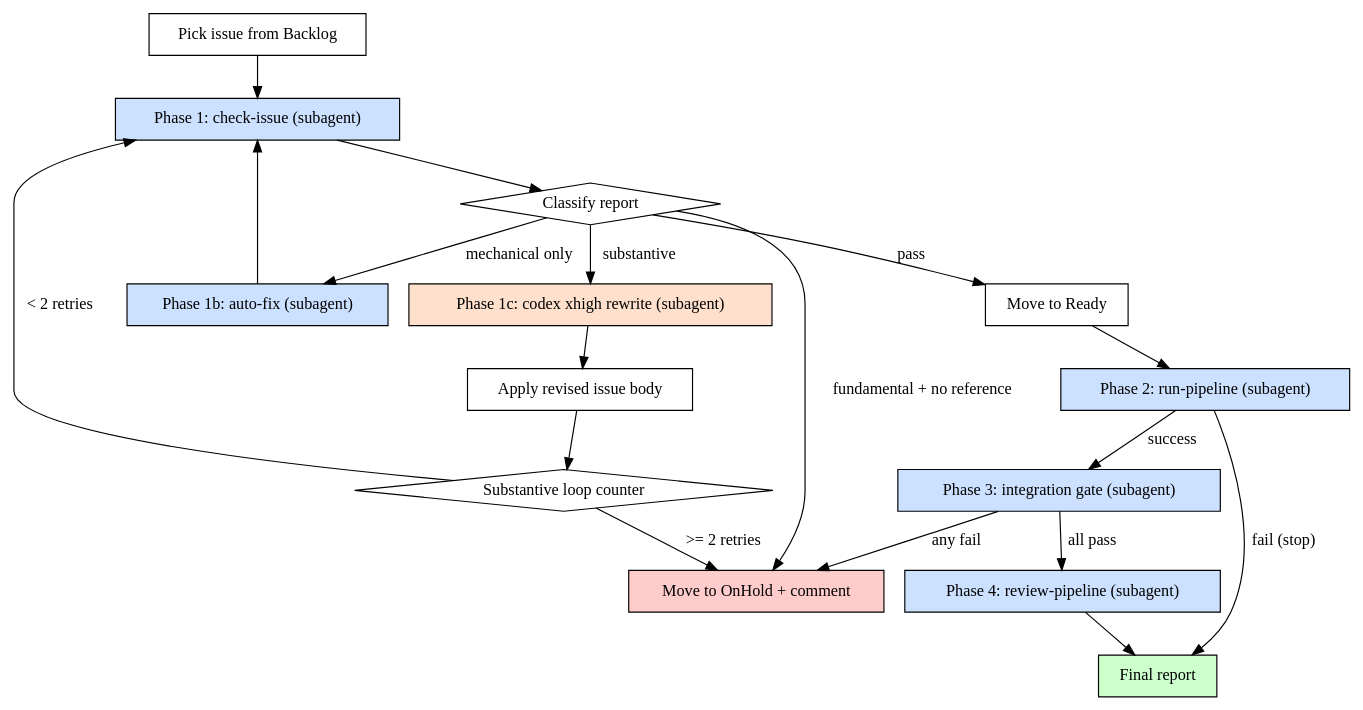
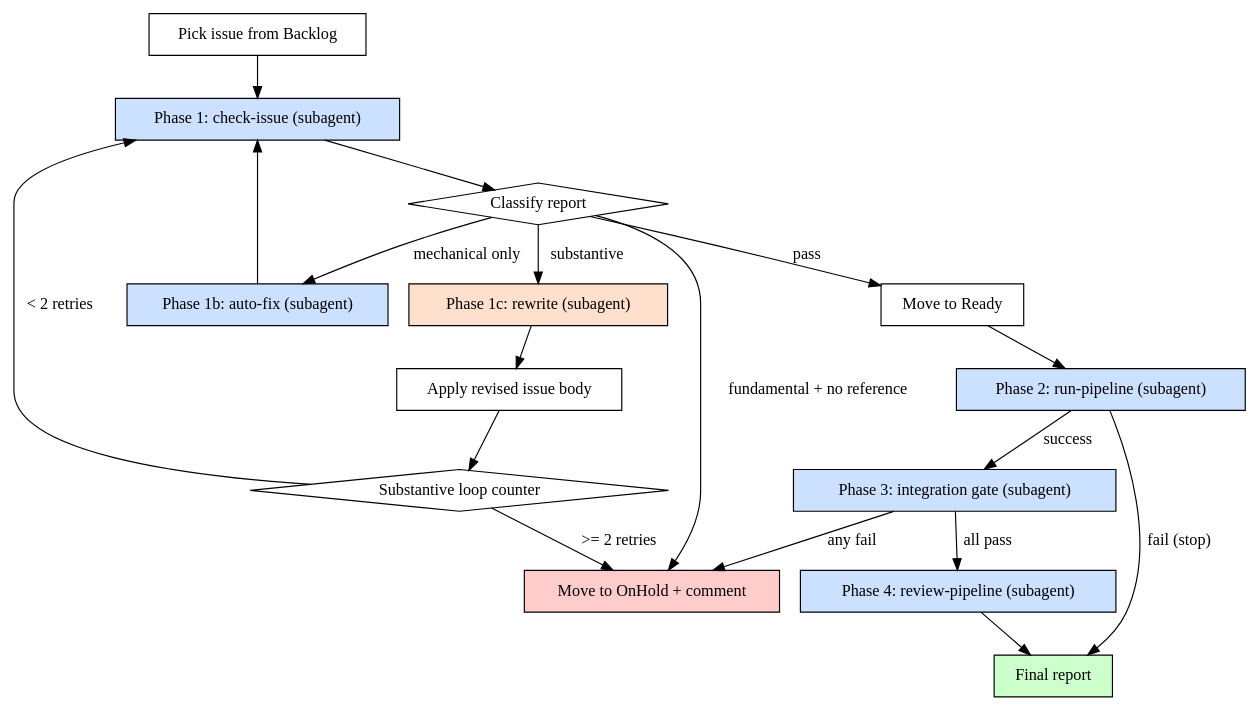
One commit to CodingThrust/problem-reductions changed the diagram in .claude/skills/auto-pipeline/SKILL.md. Above: the diagram before and after it, drawn with Graphviz. The commit also changed other lines of this file, not shown here.

First line of the commit message:
Drop codex from auto-pipeline; use plain subagent dispatch

````diff
--- a/.claude/skills/auto-pipeline/SKILL.md
+++ b/.claude/skills/auto-pipeline/SKILL.md
@@ -58,36 +58,36 @@
 ```dot
 digraph auto_pipeline {
     rankdir=TB;
     "Pick issue from Backlog" [shape=box];
     "Phase 1: check-issue (subagent)" [shape=box, style=filled, fillcolor="#cce0ff"];
     "Classify report" [shape=diamond];
     "Phase 1b: auto-fix (subagent)" [shape=box, style=filled, fillcolor="#cce0ff"];
-    "Phase 1c: codex xhigh rewrite (subagent)" [shape=box, style=filled, fillcolor="#ffe0cc"];
+    "Phase 1c: rewrite (subagent)" [shape=box, style=filled, fillcolor="#ffe0cc"];
     "Apply revised issue body" [shape=box];
     "Substantive loop counter" [shape=diamond];
     "Move to OnHold + comment" [shape=box, style=filled, fillcolor="#ffcccc"];
     "Move to Ready" [shape=box];
     "Phase 2: run-pipeline (subagent)" [shape=box, style=filled, fillcolor="#cce0ff"];
     "Phase 3: integration gate (subagent)" [shape=box, style=filled, fillcolor="#cce0ff"];
     "Phase 4: review-pipeline (subagent)" [shape=box, style=filled, fillcolor="#cce0ff"];
     "Final report" [shape=box, style=filled, fillcolor="#ccffcc"];
 
     "Pick issue from Backlog" -> "Phase 1: check-issue (subagent)";
     "Phase 1: check-issue (subagent)" -> "Classify report";
     "Classify report" -> "Move to Ready" [label="pass"];
     "Classify report" -> "Phase 1b: auto-fix (subagent)" [label="mechanical only"];
-    "Classify report" -> "Phase 1c: codex xhigh rewrite (subagent)" [label="substantive"];
+    "Classify report" -> "Phase 1c: rewrite (subagent)" [label="substantive"];
     "Classify report" -> "Move to OnHold + comment" [label="fundamental + no reference"];
     "Phase 1b: auto-fix (subagent)" -> "Phase 1: check-issue (subagent)";
-    "Phase 1c: codex xhigh rewrite (subagent)" -> "Apply revised issue body";
+    "Phase 1c: rewrite (subagent)" -> "Apply revised issue body";
     "Apply revised issue body" -> "Substantive loop counter";
     "Substantive loop counter" -> "Phase 1: check-issue (subagent)" [label="< 2 retries"];
     "Substantive loop counter" -> "Move to OnHold + comment" [label=">= 2 retries"];
     "Move to Ready" -> "Phase 2: run-pipeline (subagent)";
     "Phase 2: run-pipeline (subagent)" -> "Phase 3: integration gate (subagent)" [label="success"];
     "Phase 2: run-pipeline (subagent)" -> "Final report" [label="fail (stop)"];
     "Phase 3: integration gate (subagent)" -> "Phase 4: review-pipeline (subagent)" [label="all pass"];
     "Phase 3: integration gate (subagent)" -> "Move to OnHold + comment" [label="any fail"];
     "Phase 4: review-pipeline (subagent)" -> "Final report";
 }
 ```
````
